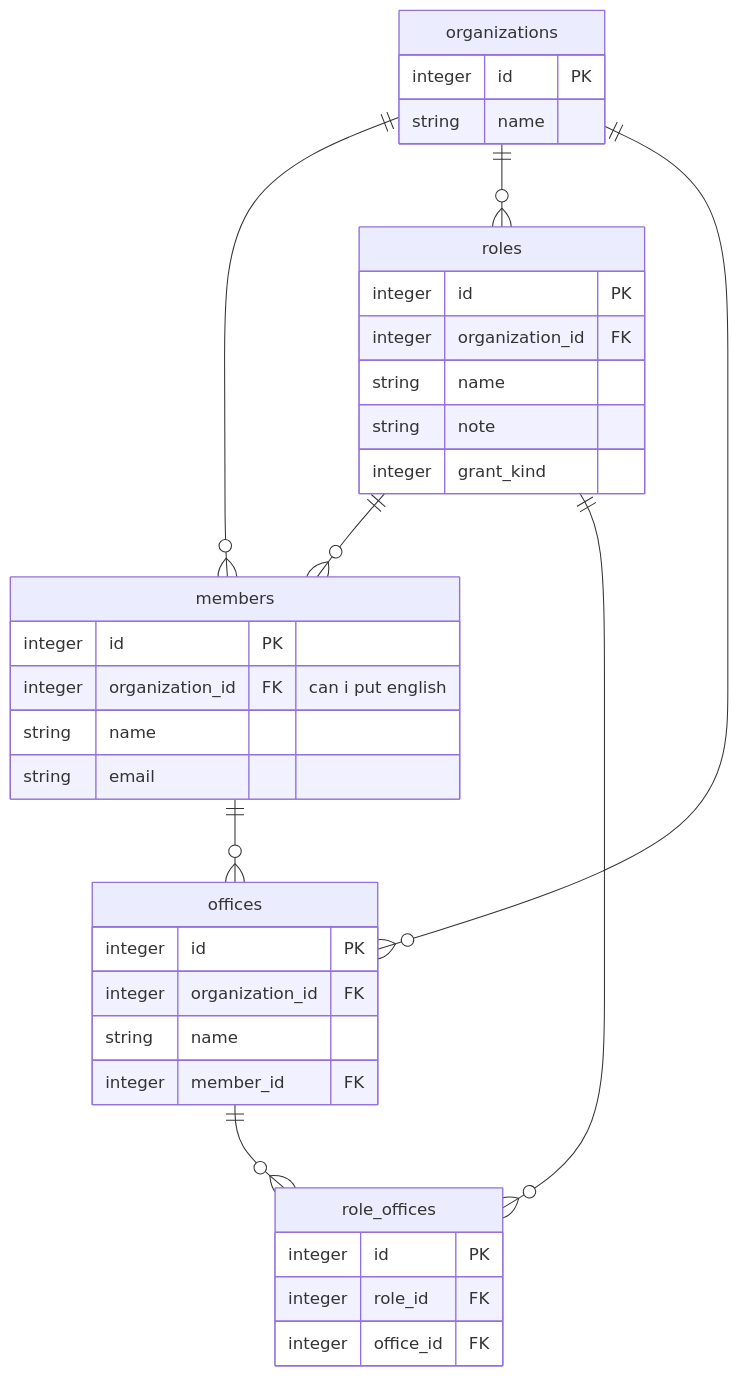
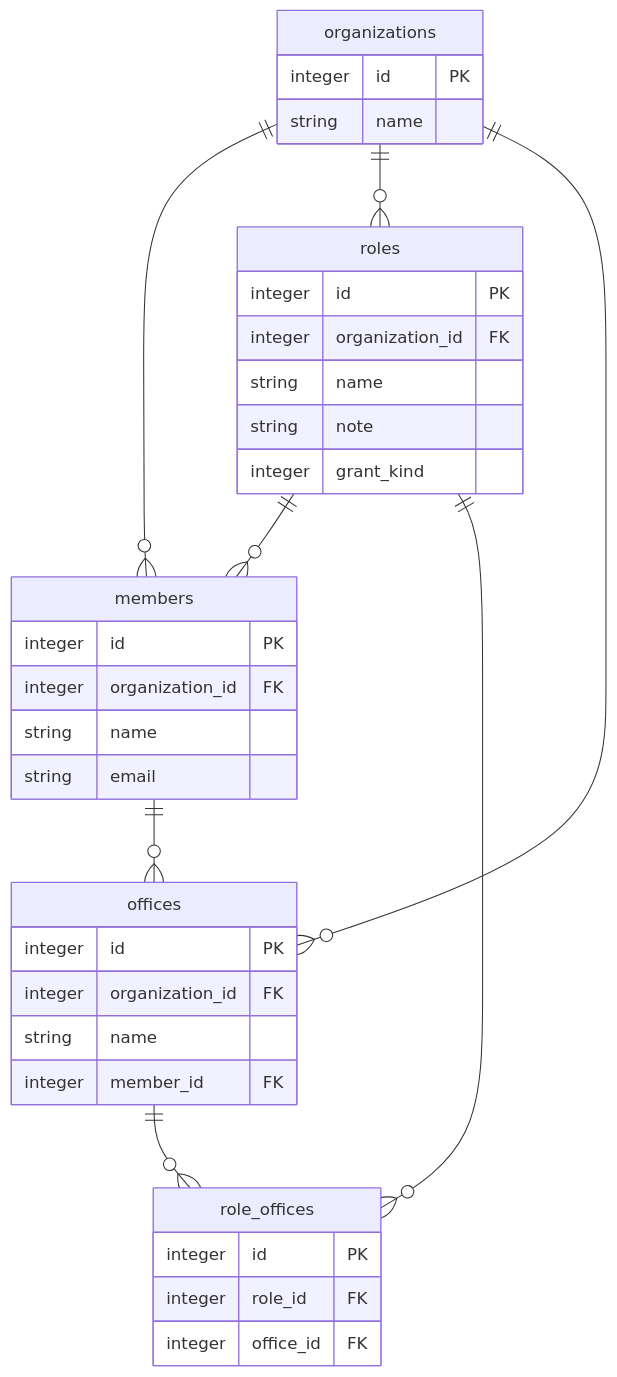
One commit to takesoo/mermaid changed the diagram in er.md. Above: the diagram before and after it, drawn with Mermaid.

````diff
--- a/er.md
+++ b/er.md
@@ -1,45 +1,45 @@
 ```mermaid
 erDiagram
 
 organizations {
   integer id PK
   string name
 }
 
 members {
   integer id PK
-  integer organization_id FK "can i put english"
+  integer organization_id FK ""
   string name
   string email
 }
 
 roles {
   integer id PK
   integer organization_id FK
   string name
   string note
   integer grant_kind
 }
 
 offices {
   integer id PK
   integer organization_id FK
   string name
   integer member_id FK
 }
 
 role_offices {
   integer id PK
   integer role_id FK
   integer office_id FK
 }
 
 organizations ||--o{ members: ""
 organizations ||--o{ roles: ""
 organizations ||--o{ offices: ""
 roles ||--o{ members: ""
 roles ||--o{ role_offices: ""
 offices ||--o{ role_offices: ""
 members ||--o{ offices: ""
 
 ```
````
